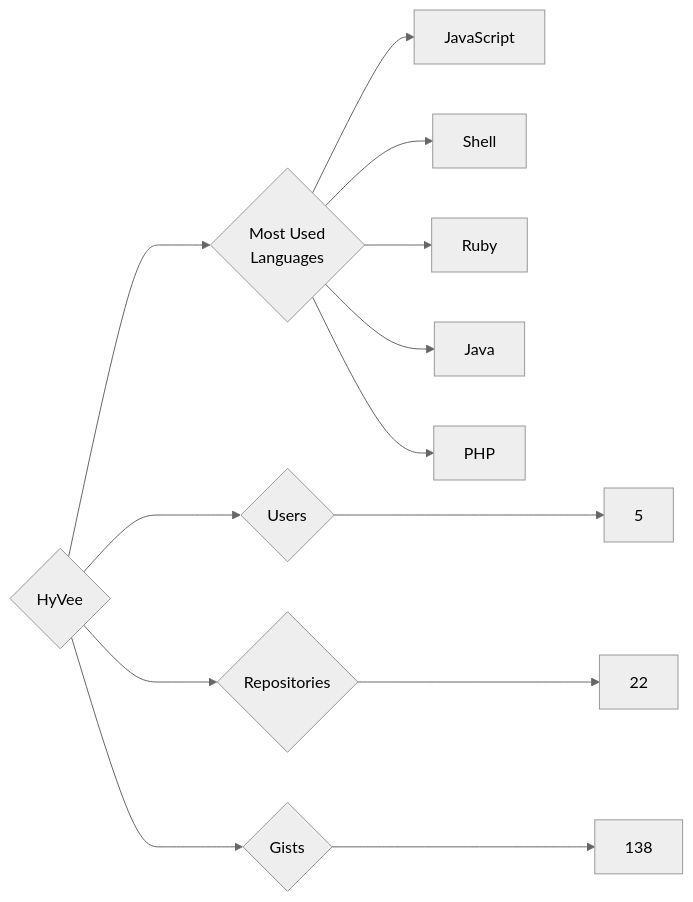
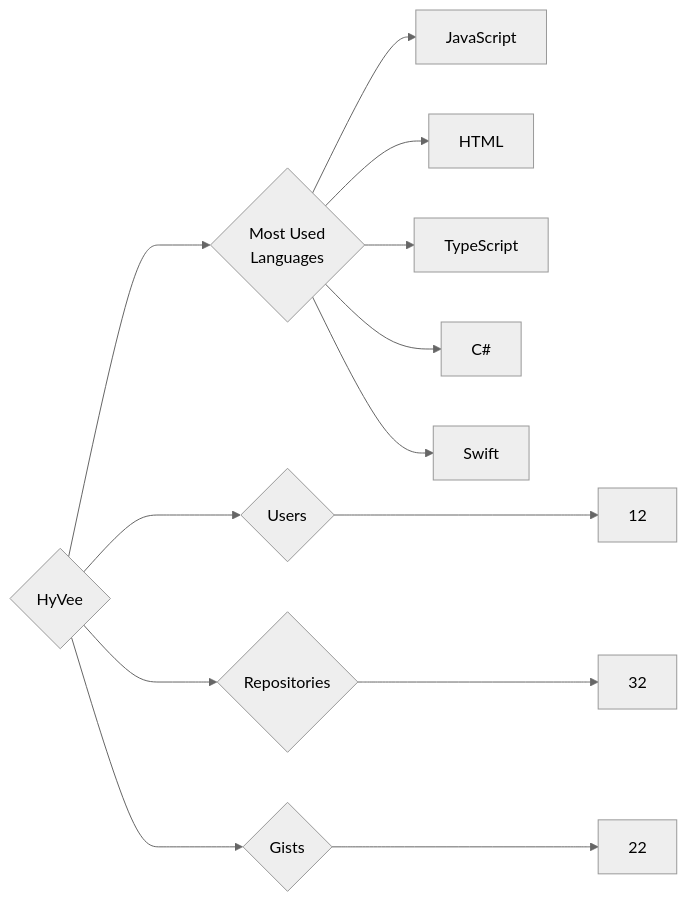
The diagram in targets/HyVee/README.md (trickest/insiders), drawn with Mermaid (neutral theme) before and after one commit. The commit also changed 775 other files, not shown here.

````diff
--- a/targets/HyVee/README.md
+++ b/targets/HyVee/README.md
@@ -3,13 +3,13 @@
 ```mermaid
 graph LR
 COMPANY_NAME{HyVee}
-COMPANY_NAME ---> U{Users} ---> UN[5]
-COMPANY_NAME ---> R{Repositories} ---> RN[22]
-COMPANY_NAME ---> G{Gists} ---> GN[138]
+COMPANY_NAME ---> U{Users} ---> UN[12]
+COMPANY_NAME ---> R{Repositories} ---> RN[32]
+COMPANY_NAME ---> G{Gists} ---> GN[22]
 COMPANY_NAME ---> ML{Most Used<br>Languages}
 ML --> JavaScript[JavaScript]
-ML --> Shell[Shell]
-ML --> Ruby[Ruby]
-ML --> Java[Java]
-ML --> PHP[PHP]
+ML --> HTML[HTML]
+ML --> TypeScript[TypeScript]
+ML --> C#[C#]
+ML --> Swift[Swift]
 ```
````
